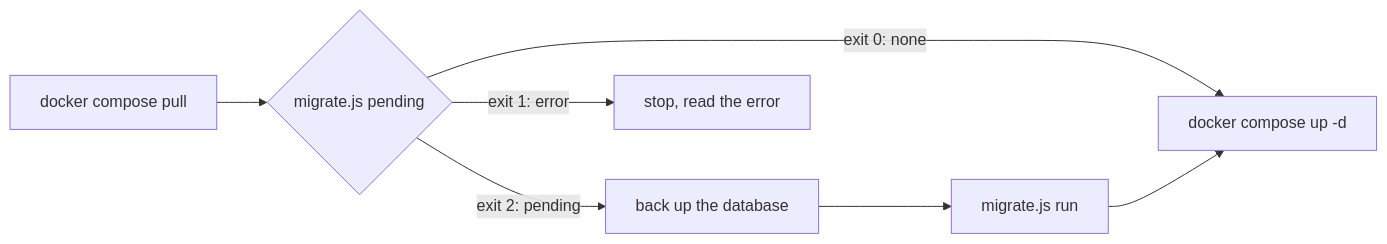
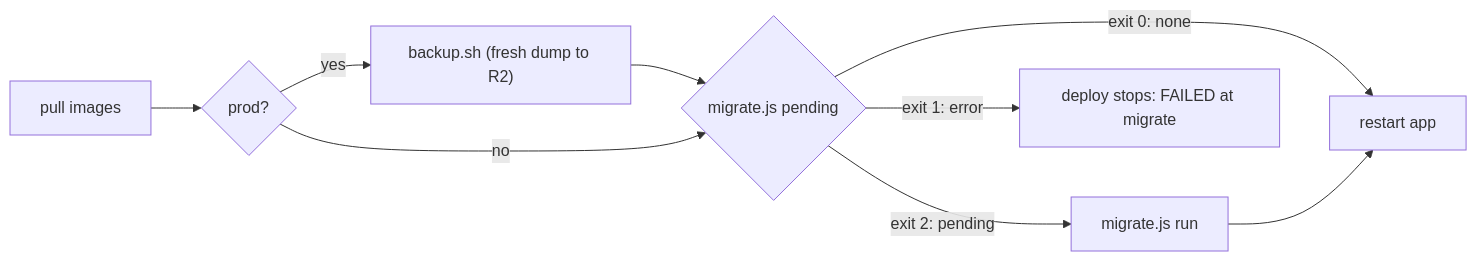
One commit to tareq89/biddaloy changed the sixth of 12 diagrams in docs/architecture/07-deployment.md. Above: the diagram before and after it, drawn with Mermaid. The commit also changed other lines of this file and 9 other files, not shown here.

First line of the commit message:
docs(deploy): rewrite deployment, operations, backup and Cloudflare docs for the one-VM setup (#2805)

````diff
--- a/docs/architecture/07-deployment.md
+++ b/docs/architecture/07-deployment.md
@@ -54,7 +296,9 @@
 ```mermaid
 flowchart LR
-    pull["docker compose pull"] --> pending{"migrate.js pending"}
-    pending -- "exit 0: none" --> up["docker compose up -d"]
-    pending -- "exit 2: pending" --> backup["back up the database"] --> run["migrate.js run"] --> up
-    pending -- "exit 1: error" --> stop["stop, read the error"]
+    pull["pull images"] --> backup{"prod?"}
+    backup -- yes --> b["backup.sh (fresh dump to R2)"] --> pending
+    backup -- no --> pending{"migrate.js pending"}
+    pending -- "exit 0: none" --> up["restart app"]
+    pending -- "exit 2: pending" --> run["migrate.js run"] --> up
+    pending -- "exit 1: error" --> stop["deploy stops: FAILED at migrate"]
 ```
````
